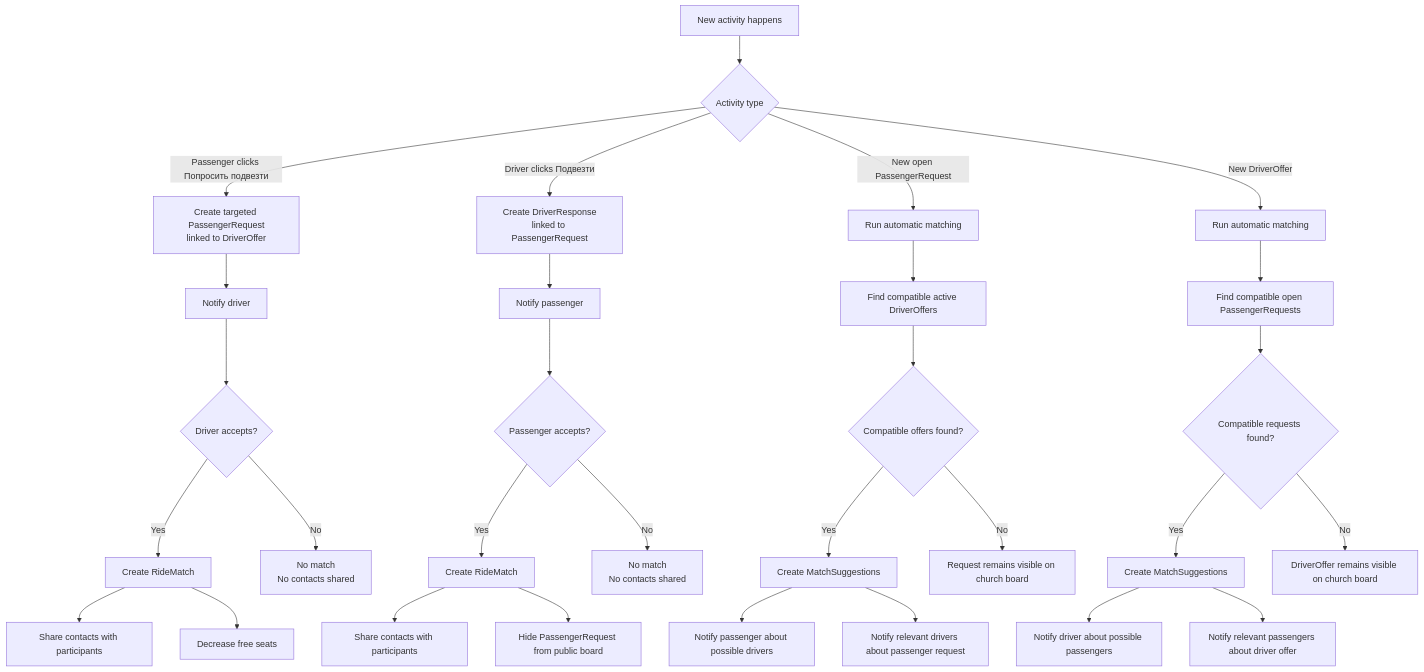
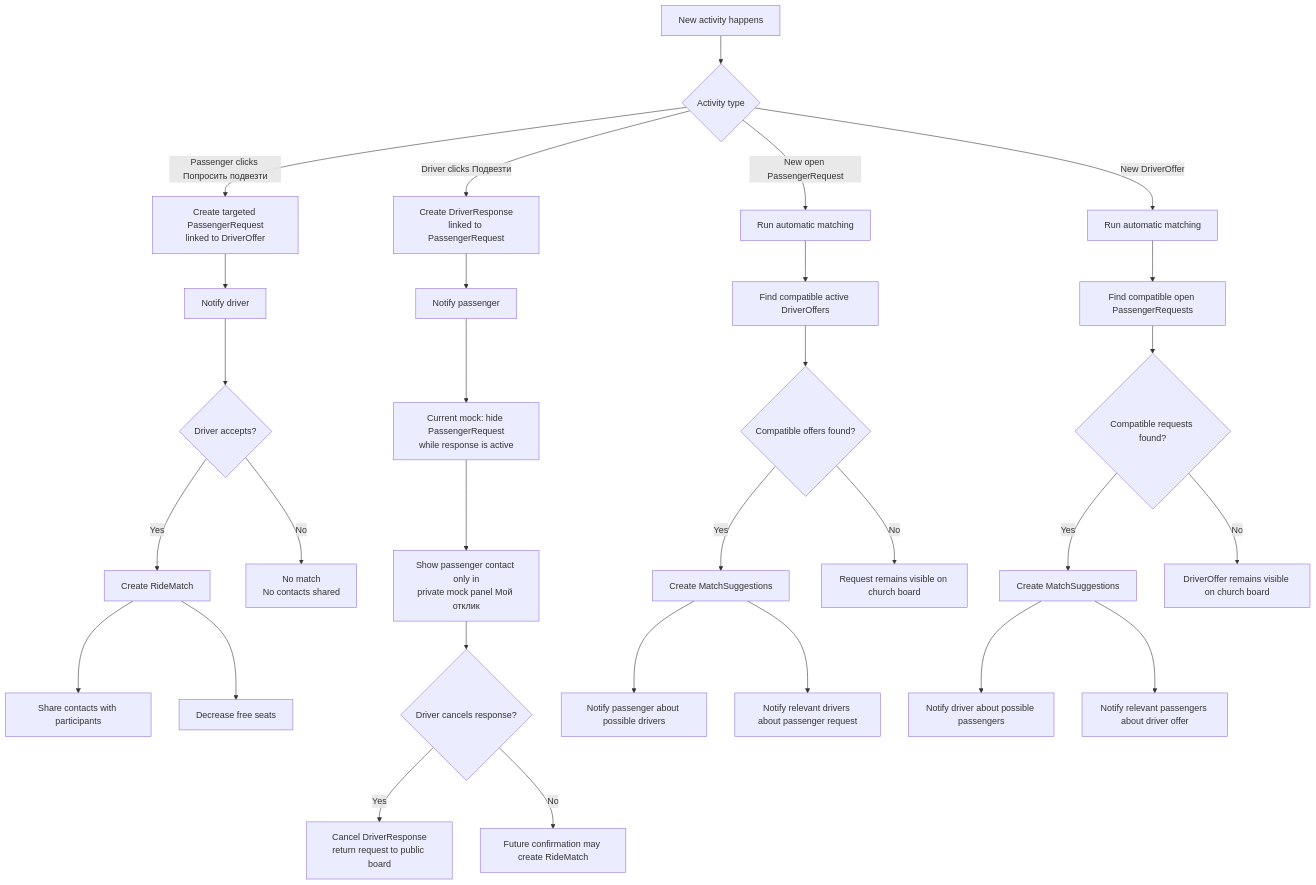
Before and after one commit to Agafanail/orthodox-routes: the tenth of 14 diagrams in docs/PROJECT_MAP.md, drawn with Mermaid. The commit also changed other lines of this file and 13 other files, not shown here.

First line of the commit message:
Implement persistent church transport request flows

````diff
--- a/docs/PROJECT_MAP.md
+++ b/docs/PROJECT_MAP.md
@@ -422,36 +442,36 @@
 ```mermaid
 flowchart TD
     A["New activity happens"] --> B{"Activity type"}
 
     B -->|Passenger clicks Попросить подвезти| C["Create targeted PassengerRequest<br/>linked to DriverOffer"]
     C --> C1["Notify driver"]
     C1 --> C2{"Driver accepts?"}
     C2 -->|Yes| C3["Create RideMatch"]
     C3 --> C4["Share contacts with participants"]
     C3 --> C5["Decrease free seats"]
     C2 -->|No| C6["No match<br/>No contacts shared"]
 
     B -->|Driver clicks Подвезти| D["Create DriverResponse<br/>linked to PassengerRequest"]
     D --> D1["Notify passenger"]
-    D1 --> D2{"Passenger accepts?"}
-    D2 -->|Yes| D3["Create RideMatch"]
-    D3 --> D4["Share contacts with participants"]
-    D3 --> D5["Hide PassengerRequest from public board"]
-    D2 -->|No| D6["No match<br/>No contacts shared"]
+    D1 --> D2["Current mock: hide PassengerRequest<br/>while response is active"]
+    D2 --> D3["Show passenger contact only in<br/>private mock panel Мой отклик"]
+    D3 --> D4{"Driver cancels response?"}
+    D4 -->|Yes| D5["Cancel DriverResponse<br/>return request to public board"]
+    D4 -->|No| D6["Future confirmation may create RideMatch"]
 
     B -->|New open PassengerRequest| E["Run automatic matching"]
     E --> E1["Find compatible active DriverOffers"]
     E1 --> E2{"Compatible offers found?"}
     E2 -->|Yes| E3["Create MatchSuggestions"]
     E3 --> E4["Notify passenger about possible drivers"]
     E3 --> E5["Notify relevant drivers about passenger request"]
     E2 -->|No| E6["Request remains visible on church board"]
 
     B -->|New DriverOffer| F["Run automatic matching"]
     F --> F1["Find compatible open PassengerRequests"]
     F1 --> F2{"Compatible requests found?"}
     F2 -->|Yes| F3["Create MatchSuggestions"]
     F3 --> F4["Notify driver about possible passengers"]
     F3 --> F5["Notify relevant passengers about driver offer"]
     F2 -->|No| F6["DriverOffer remains visible on church board"]
 ```
````
